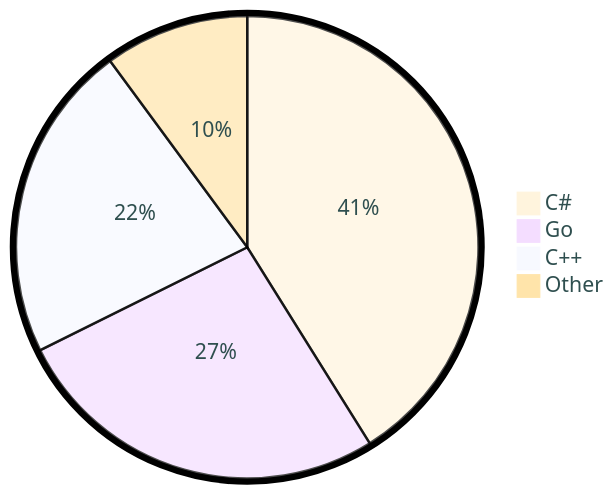
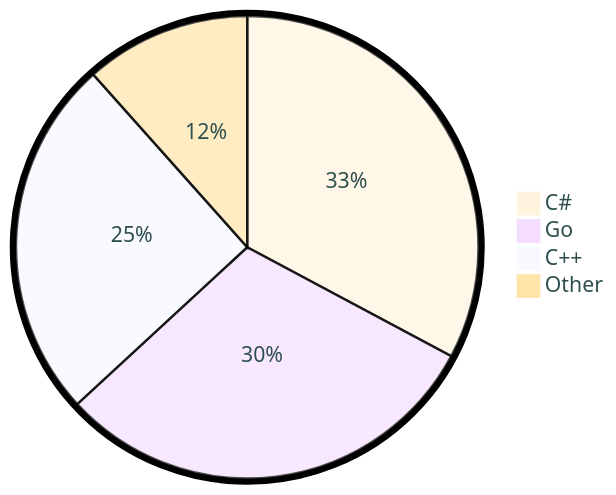
One commit to tot0p/tot0p changed the diagram in README.md. Above: the diagram before and after it, drawn with Mermaid. The commit also changed other lines of this file, not shown here.

````diff
--- a/README.md
+++ b/README.md
@@ -76,8 +76,8 @@
 ```mermaid
 %%{init: {"pie": {"textPosition": 0.5}, "themeVariables": {"pieOuterStrokeWidth": "5px","primaryTextColor" : "#2F4F4F"},"theme":"base"} }%%
 pie
-	"C#": 41.11
-	"Go": 26.54
-	"C++": 22.24
-	"Other": 10.1
+	"C#": 32.8
+	"Go": 30.33
+	"C++": 25.27
+	"Other": 11.59
 ```
````
